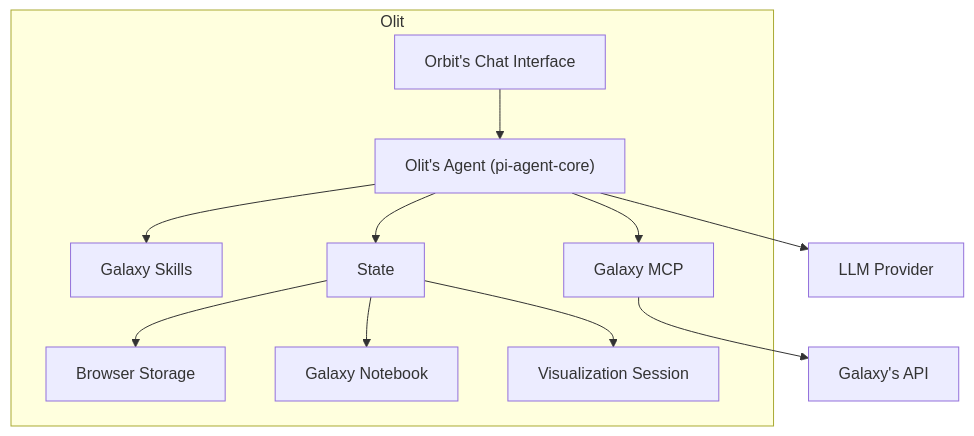
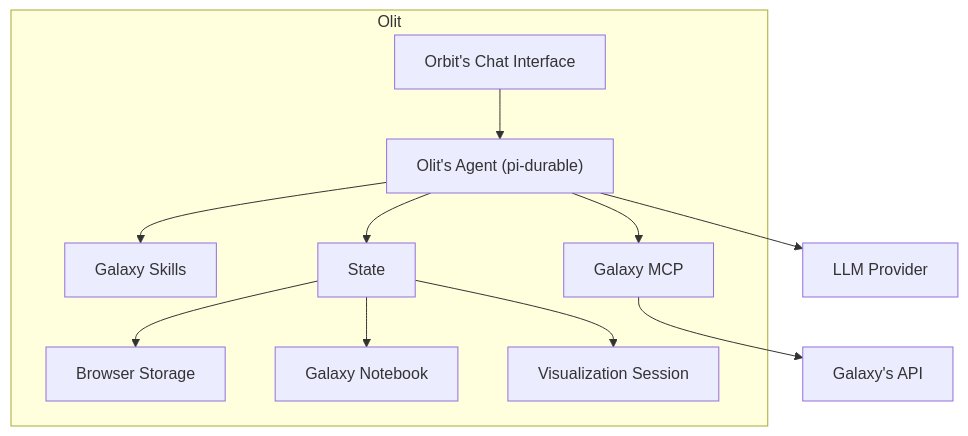
Before and after one commit to galaxyproject/galaxy-visualizations: the diagram in packages/olit/README.md, drawn with Mermaid. The commit also changed other lines of this file and 1 other file, not shown here.

Commit message:
Describe the pi-durable runtime.

````diff
--- a/packages/olit/README.md
+++ b/packages/olit/README.md
@@ -25,28 +25,28 @@
 ```mermaid
 flowchart TB
     UI["Orbit's Chat Interface"]
 
     subgraph Olit
         UI
-        Brain["Olit's Agent (pi-agent-core)"]
+        Brain["Olit's Agent (pi-durable)"]
         Skill["Galaxy Skills"]
         Ops["Galaxy MCP"]
         State["State"]
         BrowserState["Browser Storage"]
         Notebook["Galaxy Notebook"]
         Session["Visualization Session"]
     end
 
     Model["LLM Provider"]
     GalaxyApi["Galaxy's API"]
 
     UI --> Brain
     Brain --> Skill
     Brain --> Ops
     Brain --> State
     State --> BrowserState
     State --> Notebook
     State --> Session
     Brain --> Model
     Ops --> GalaxyApi
 ```
````
